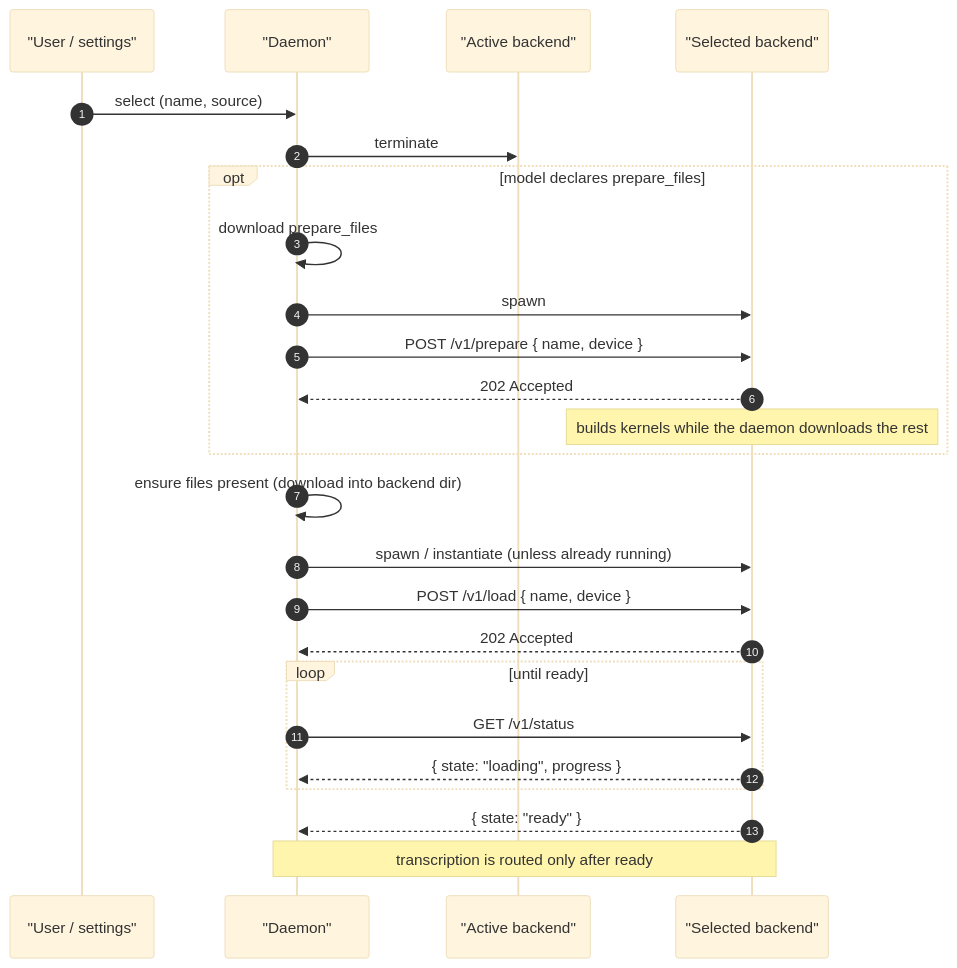
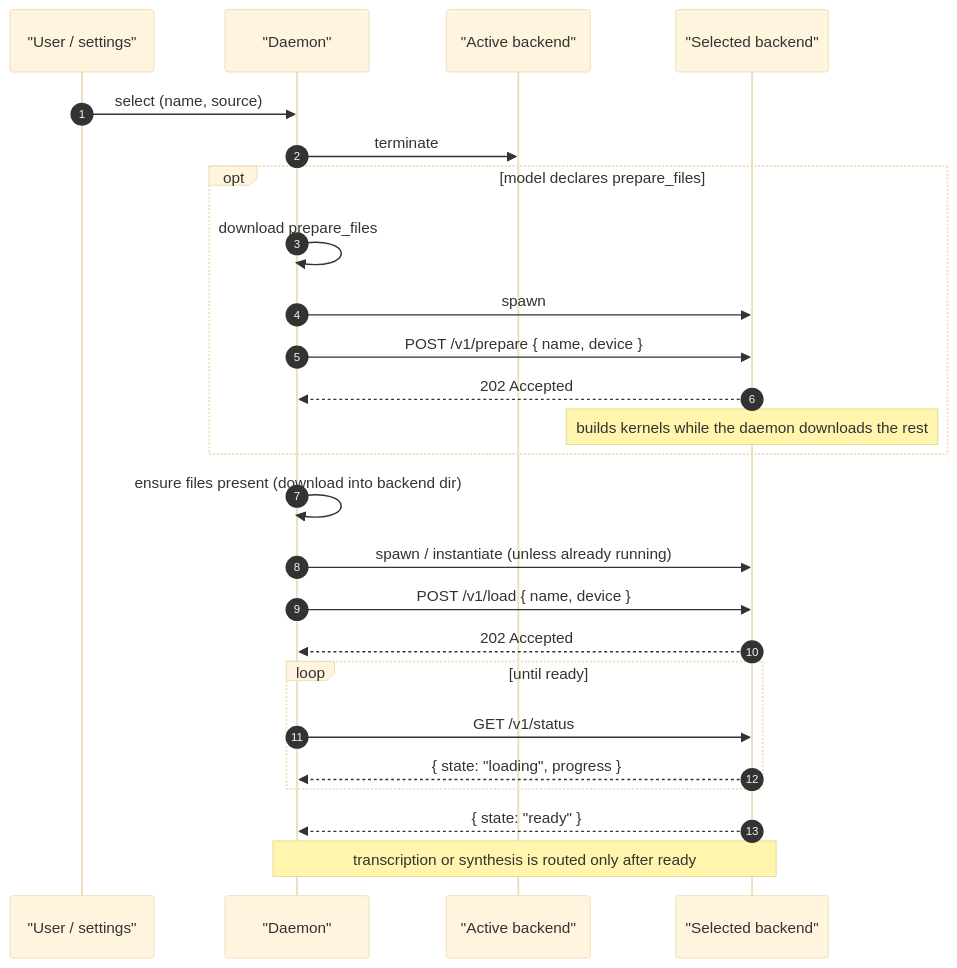
Before and after one commit to jorge-menjivar/super-stt: the second of 2 diagrams in docs/protocol/backend/contract.md, drawn with Mermaid (base theme). The commit also changed other lines of this file and 101 other files, not shown here.

````diff
--- a/docs/protocol/backend/contract.md
+++ b/docs/protocol/backend/contract.md
@@ -610,28 +855,28 @@
 ```mermaid
 sequenceDiagram
     autonumber
     participant U as "User / settings"
     participant D as "Daemon"
     participant A as "Active backend"
     participant B as "Selected backend"
 
     U->>D: select (name, source)
     D->>A: terminate
     opt model declares prepare_files
         D->>D: download prepare_files
         D->>B: spawn
         D->>B: POST /v1/prepare { name, device }
         B-->>D: 202 Accepted
         Note over B: builds kernels while the daemon downloads the rest
     end
     D->>D: ensure files present (download into backend dir)
     D->>B: spawn / instantiate (unless already running)
     D->>B: POST /v1/load { name, device }
     B-->>D: 202 Accepted
     loop until ready
         D->>B: GET /v1/status
         B-->>D: { state: "loading", progress }
     end
     B-->>D: { state: "ready" }
-    Note over D,B: transcription is routed only after ready
+    Note over D,B: transcription or synthesis is routed only after ready
 ```
````
